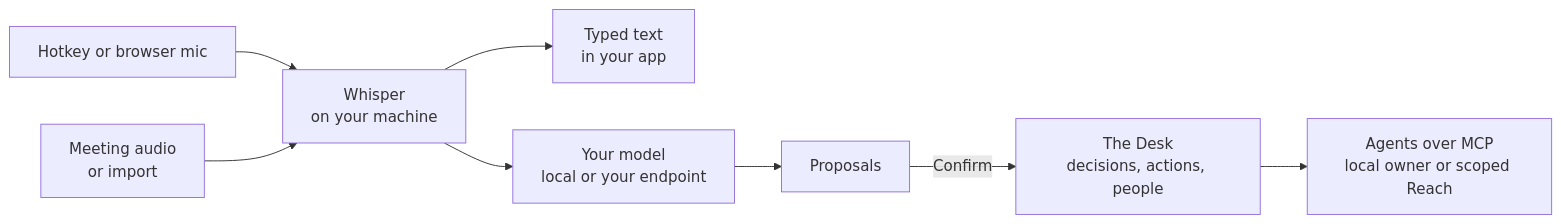
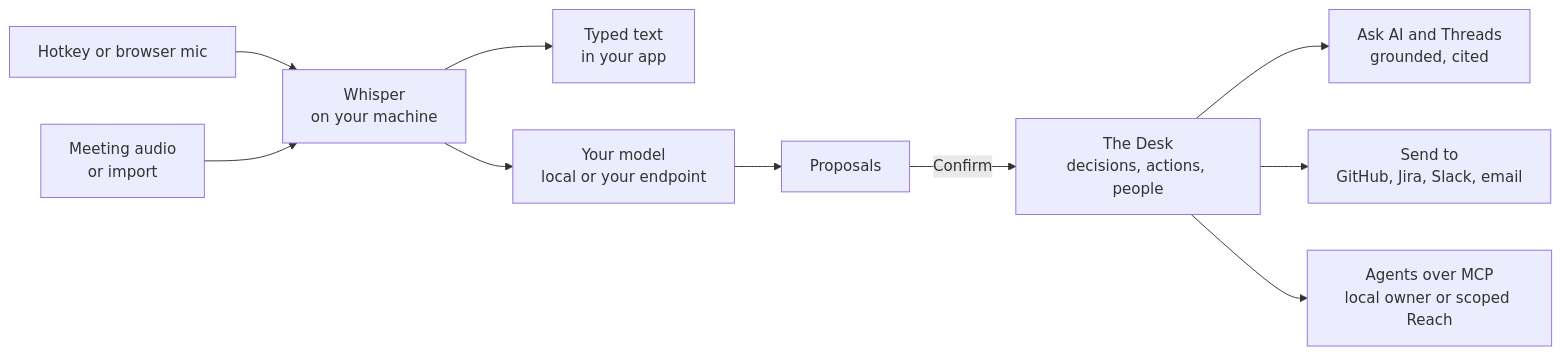
Before and after one commit to karolswdev/HoldSpeak: the diagram in README.md, drawn with Mermaid. The commit also changed other lines of this file, not shown here.

First line of the commit message:
docs(readme): sell the whole product: Ask AI, Threads, memory, Send, coders, extensibility

````diff
--- a/README.md
+++ b/README.md
@@ -80,10 +154,12 @@
 ```mermaid
 flowchart LR
     K["Hotkey or browser mic"] --> W["Whisper<br/>on your machine"]
     M["Meeting audio<br/>or import"] --> W
     W --> T["Typed text<br/>in your app"]
     W --> L["Your model<br/>local or your endpoint"]
     L --> P["Proposals"]
     P -->|Confirm| D["The Desk<br/>decisions, actions, people"]
+    D --> Q["Ask AI and Threads<br/>grounded, cited"]
+    D --> S["Send to<br/>GitHub, Jira, Slack, email"]
     D --> A["Agents over MCP<br/>local owner or scoped Reach"]
 ```
````
